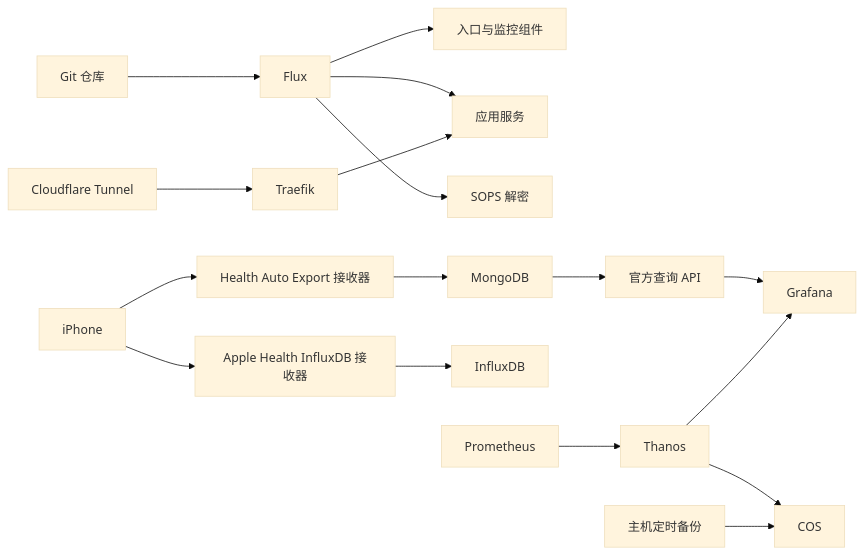
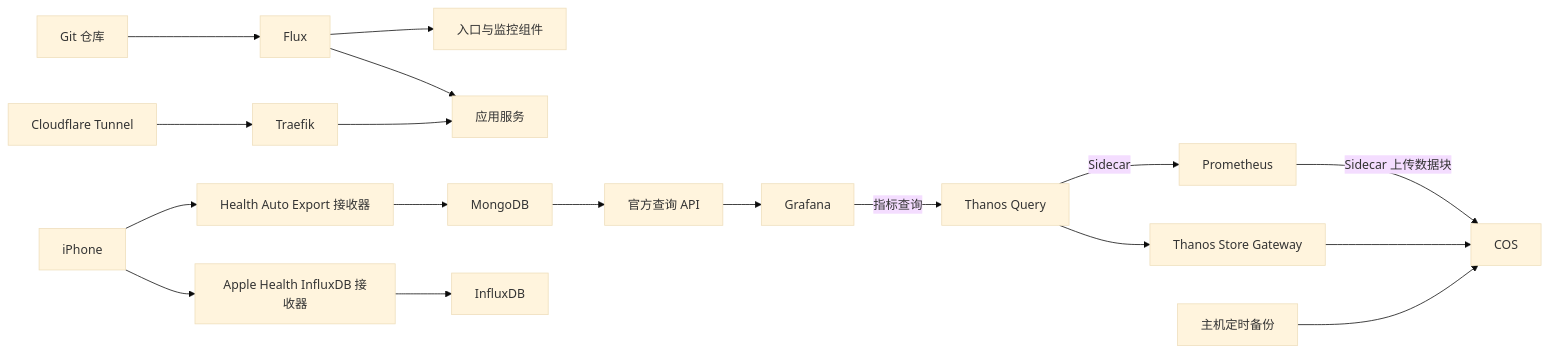
The diagram in README.md (fullstackjam/cloudlab), drawn with Mermaid (base theme) before and after one commit. The commit also changed other lines of this file and 45 other files, not shown here.

````diff
--- a/README.md
+++ b/README.md
@@ -7,19 +7,20 @@
 ```mermaid
 flowchart LR
     Git[Git 仓库] --> Flux
     Flux --> Platform[入口与监控组件]
     Flux --> Apps[应用服务]
-    Flux --> Secrets[SOPS 解密]
     Tunnel[Cloudflare Tunnel] --> Traefik
     Traefik --> Apps
     iPhone --> Ingest[Health Auto Export 接收器]
     Ingest --> MongoDB
     iPhone --> IngestInflux[Apple Health InfluxDB 接收器]
     IngestInflux --> InfluxDB
     MongoDB --> API[官方查询 API]
     API --> Grafana
-    Prometheus --> Thanos
-    Thanos --> COS
-    Thanos --> Grafana
+    Prometheus -->|Sidecar 上传数据块| COS
+    Grafana -->|指标查询| Query[Thanos Query]
+    Query -->|Sidecar| Prometheus
+    Query --> Store[Thanos Store Gateway]
+    Store --> COS
     Backup[主机定时备份] --> COS
 ```
````
